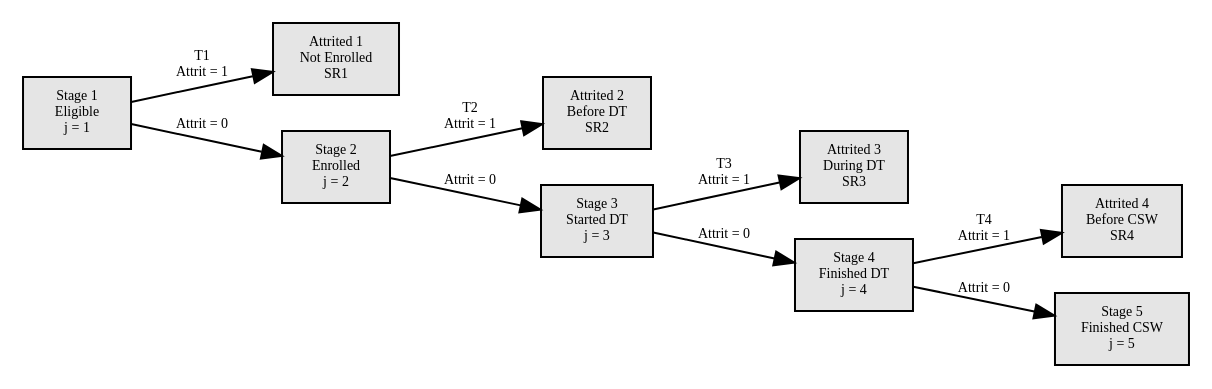
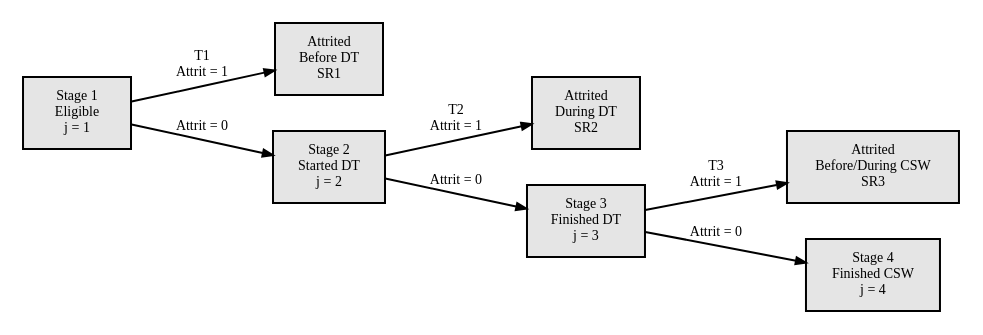
The diagram in scripts/SR_Model.qmd (sjpierce/SANETPA), drawn with Graphviz before and after one commit. The commit also changed 2 other files, not shown here.

Commit message:
Fixed stage diagram

````diff
--- a/scripts/SR_Model.qmd
+++ b/scripts/SR_Model.qmd
@@ -318,37 +318,33 @@
 ```{dot}
 //| label: fig-Stages
-//| fig-cap: Stages, Thresholds (T1-T4), and Stopping Ratios (SR1-SR4) in the 
+//| fig-cap: Stages, Thresholds (T1-T3), and Stopping Ratios (SR1-SR3) in the 
 //|          SANE Training Program. CSW, clinical skills workshop; DT, didactic 
 //|          training.
-//| fig-width: 6
-//| fig-height: 3
+//| fig-width: 5
+//| fig-height: 2.5
 
 digraph StagesModeled {
 
 graph [rankdir="LR"];
 
 node [shape = "box", style= "filled", fillcolor = "Gray90", fontsize = "7"];
-A1 [label = "Attrited 1\nNot Enrolled\nSR1"]
-A2 [label = "Attrited 2\nBefore DT\nSR2"]
-A3 [label = "Attrited 3\nDuring DT\nSR3"]
-A4 [label = "Attrited 4\nBefore CSW\nSR4"]
+A1 [label = "Attrited\nBefore DT\nSR1"]
+A2 [label = "Attrited\nDuring DT\nSR2"]
+A3 [label = "Attrited\nBefore/During CSW\nSR3"]
 
 S1 [label = "Stage 1\nEligible\nj = 1"]
-S2 [label = "Stage 2\nEnrolled\nj = 2"]
-S3 [label = "Stage 3\nStarted DT\nj = 3"]
-S4 [label = "Stage 4\nFinished DT\nj = 4"]
-S5 [label = "Stage 5\nFinished CSW\nj = 5"]
+S2 [label = "Stage 2\nStarted DT\nj = 2"]
+S3 [label = "Stage 3\nFinished DT\nj = 3"]
+S4 [label = "Stage 4\nFinished CSW\nj = 4"]
 
-edge [fontsize = "7"];
+edge [fontsize = "7", arrowsize = 0.5];
 
 S1 -> A1 [label = "T1\nAttrit = 1"]
 S2 -> A2 [label = "T2\nAttrit = 1"]
 S3 -> A3 [label = "T3\nAttrit = 1"]
-S4 -> A4 [label = "T4\nAttrit = 1"]
 
 S1 -> S2 [label = "Attrit = 0"]
 S2 -> S3 [label = "Attrit = 0"]
 S3 -> S4 [label = "Attrit = 0"]
-S4 -> S5 [label = "Attrit = 0"]
 }
 ```
````
